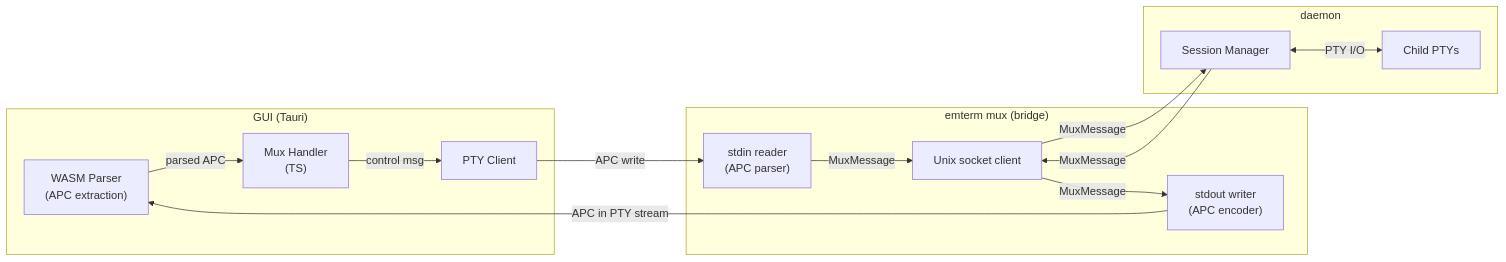
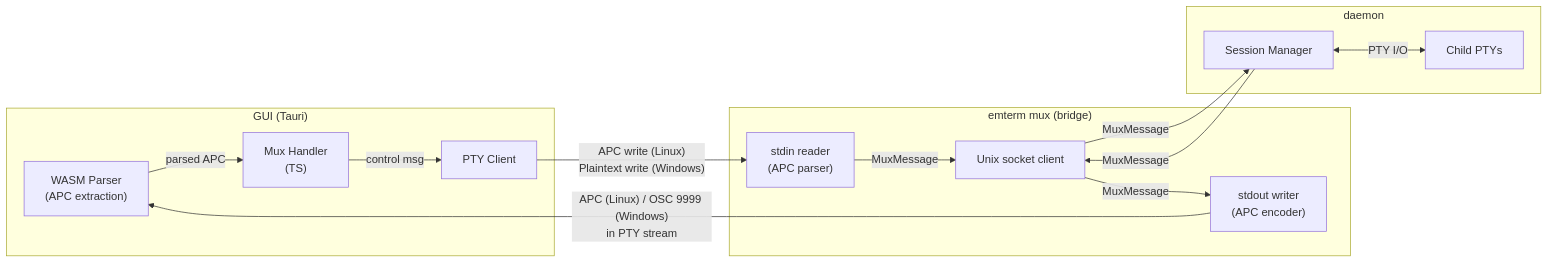
The first of 4 diagrams in doc/tasks/mux-inband-protocol/SPEC.md (m-m-n/emterm), drawn with Mermaid before and after one commit. The commit also changed other lines of this file and 3 other files, not shown here.

````diff
--- a/doc/tasks/mux-inband-protocol/SPEC.md
+++ b/doc/tasks/mux-inband-protocol/SPEC.md
@@ -82,27 +89,27 @@
 ```mermaid
 graph LR
     subgraph GUI ["GUI (Tauri)"]
         WasmParser["WASM Parser<br/>(APC extraction)"]
         MuxHandler["Mux Handler<br/>(TS)"]
         PtyClient["PTY Client"]
     end
     subgraph Bridge ["emterm mux (bridge)"]
         StdinReader["stdin reader<br/>(APC parser)"]
         StdoutWriter["stdout writer<br/>(APC encoder)"]
         SocketClient["Unix socket client"]
     end
     subgraph Daemon ["daemon"]
         SessionMgr["Session Manager"]
         ChildPTY["Child PTYs"]
     end
 
-    PtyClient -->|"APC write"| StdinReader
+    PtyClient -->|"APC write (Linux)<br/>Plaintext write (Windows)"| StdinReader
     StdinReader -->|"MuxMessage"| SocketClient
     SocketClient -->|"MuxMessage"| SessionMgr
     SessionMgr -->|"MuxMessage"| SocketClient
     SocketClient -->|"MuxMessage"| StdoutWriter
-    StdoutWriter -->|"APC in PTY stream"| WasmParser
+    StdoutWriter -->|"APC (Linux) / OSC 9999 (Windows)<br/>in PTY stream"| WasmParser
     WasmParser -->|"parsed APC"| MuxHandler
     MuxHandler -->|"control msg"| PtyClient
     SessionMgr <-->|"PTY I/O"| ChildPTY
 ```
````
